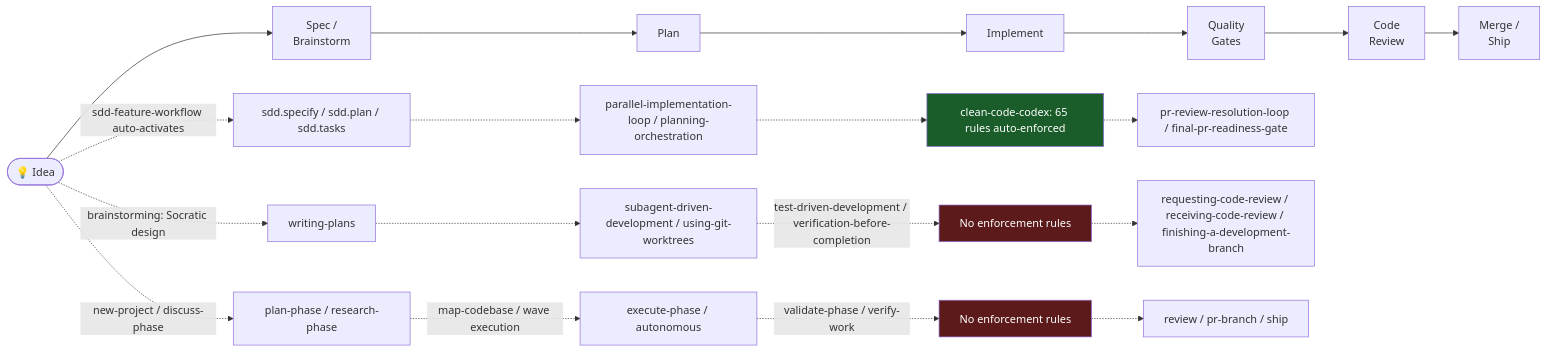
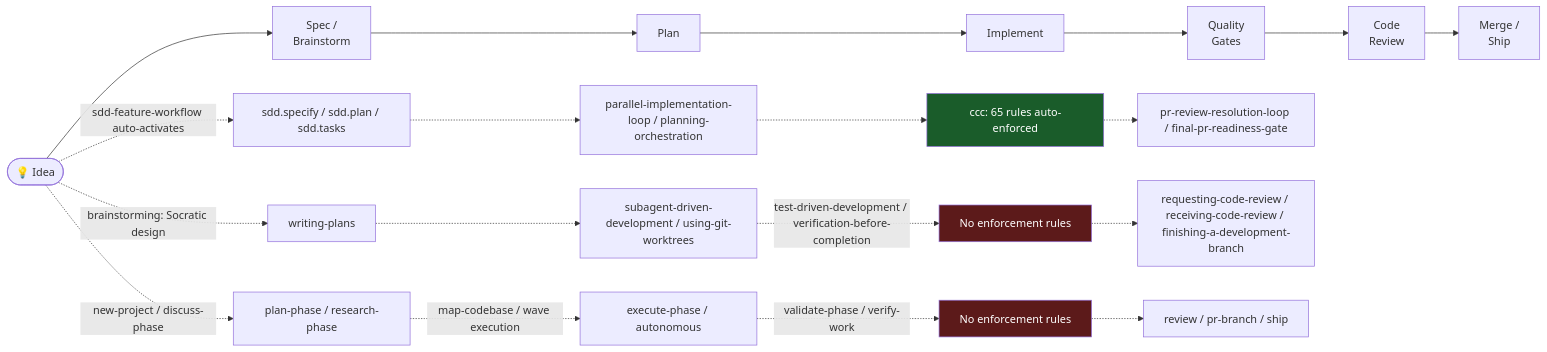
The second of 8 diagrams in docs/competitor-comparison.md (mikecubed/agent-orchestration), drawn with Mermaid before and after one commit. The commit also changed other lines of this file and 222 other files, not shown here.

````diff
--- a/docs/competitor-comparison.md
+++ b/docs/competitor-comparison.md
@@ -42,28 +42,28 @@
 ```mermaid
 flowchart LR
     IDEA(["💡 Idea"]) --> SPEC["Spec /\nBrainstorm"]
     SPEC --> PLAN["Plan"]
     PLAN --> IMPL["Implement"]
     IMPL --> QUALITY["Quality\nGates"]
     QUALITY --> REVIEW["Code\nReview"]
     REVIEW --> MERGE["Merge /\nShip"]
 
     IDEA -. "sdd-feature-workflow auto-activates" .-> US_SPEC["sdd.specify / sdd.plan / sdd.tasks"]
     US_SPEC -.-> US_IMPL["parallel-implementation-loop / planning-orchestration"]
-    US_IMPL -.-> US_QUALITY["clean-code-codex: 65 rules auto-enforced"]
+    US_IMPL -.-> US_QUALITY["ccc: 65 rules auto-enforced"]
     US_QUALITY -.-> US_REVIEW["pr-review-resolution-loop / final-pr-readiness-gate"]
 
     IDEA -. "brainstorming: Socratic design" .-> SP_SPEC["writing-plans"]
     SP_SPEC -.-> SP_IMPL["subagent-driven-development / using-git-worktrees"]
     SP_IMPL -. "test-driven-development / verification-before-completion" .-> SP_QUALITY["No enforcement rules"]
     SP_QUALITY -.-> SP_REVIEW["requesting-code-review / receiving-code-review / finishing-a-development-branch"]
 
     IDEA -. "new-project / discuss-phase" .-> GSD_SPEC["plan-phase / research-phase"]
     GSD_SPEC -. "map-codebase / wave execution" .-> GSD_IMPL["execute-phase / autonomous"]
     GSD_IMPL -. "validate-phase / verify-work" .-> GSD_QUALITY["No enforcement rules"]
     GSD_QUALITY -.-> GSD_REVIEW["review / pr-branch / ship"]
 
     style US_QUALITY fill:#1a5c2a,color:#fff
     style SP_QUALITY fill:#5c1a1a,color:#fff
     style GSD_QUALITY fill:#5c1a1a,color:#fff
 ```
````
